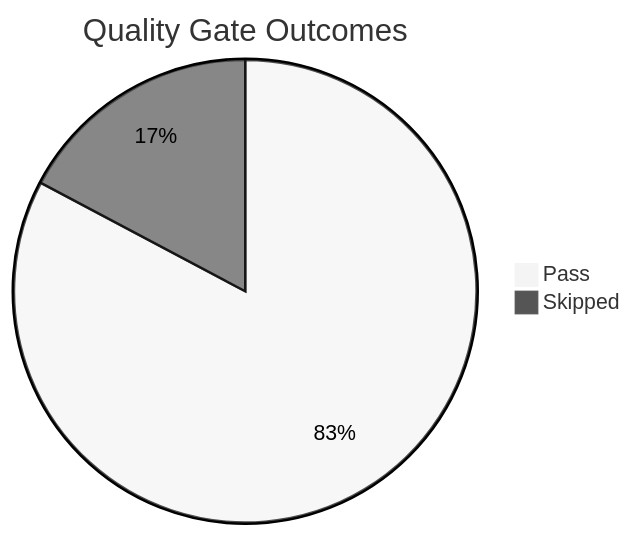
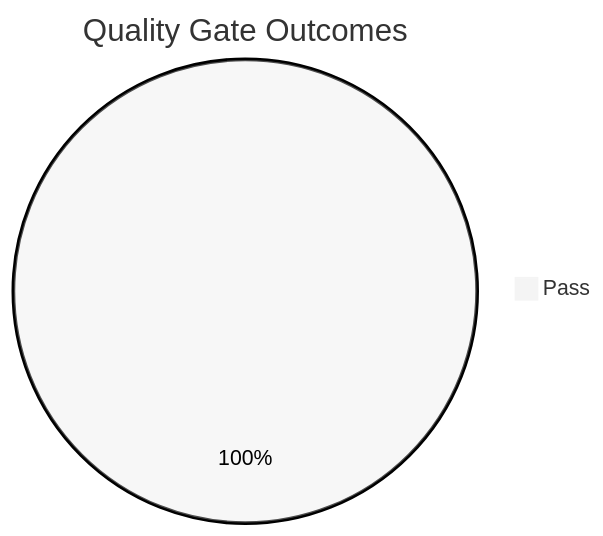
Before and after one commit to yeongseon/azure-app-service-practical-guide: the diagram in docs/meta/golden-status.md, drawn with Mermaid (neutral theme). The commit also changed other lines of this file, not shown here.

````diff
--- a/docs/meta/golden-status.md
+++ b/docs/meta/golden-status.md
@@ -42,5 +42,4 @@
 ```mermaid
 pie title Quality Gate Outcomes
-    "Pass" : 24
-    "Skipped" : 5
+    "Pass" : 29
 ```
````
